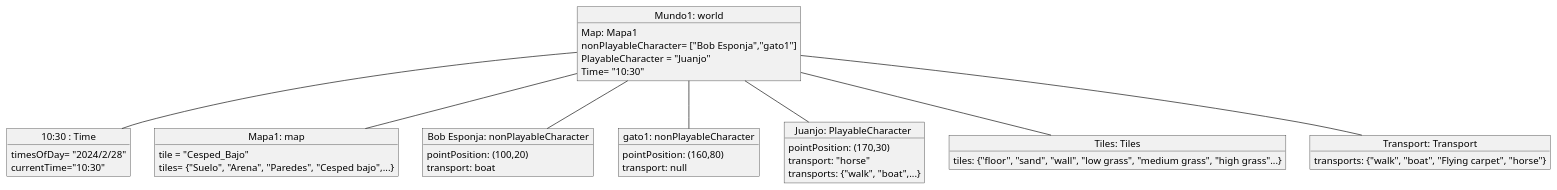
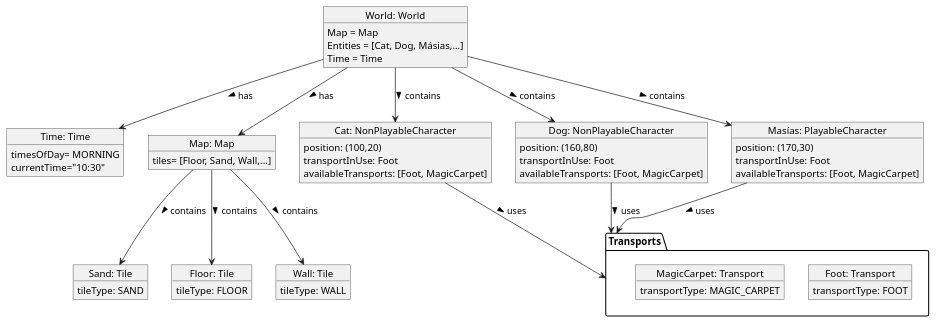
One commit to mmasias/23-24-IdSw2-SDD changed the diagram in docs/modelosUML/diagramaDeObjetos.puml. Above: the diagram before and after it, drawn with PlantUML.

```diff
--- a/docs/modelosUML/diagramaDeObjetos.puml
+++ b/docs/modelosUML/diagramaDeObjetos.puml
@@ -1,46 +1,68 @@
-@startuml Registro de un fichaje
+@startuml ObjectDiagramRelations
 
-object "Mundo1: world" as mundo{
-    Map: Mapa1
-    nonPlayableCharacter= ["Bob Esponja","gato1"]  
-    PlayableCharacter = "Juanjo"
-    Time= "10:30"
+object "World: World" as world {
+    Map = Map
+    Entities = [Cat, Dog, Másias,...]
+    Time = Time
 }
 
-object "10:30 : Time" as tiempo{
-    timesOfDay= "2024/2/28"
+object "Time: Time" as time {
+    timesOfDay= MORNING
     currentTime="10:30"
 }
 
-object "Mapa1: map" as mapa{
-    tile = "Cesped_Bajo"
-    tiles= {"Suelo", "Arena", "Paredes", "Cesped bajo",...} 
+object "Map: Map" as mapa{
+    tiles= [Floor, Sand, Wall,...]
 }
-object "Bob Esponja: nonPlayableCharacter" as bob{
-    pointPosition: (100,20)
-    transport: boat
+object "Sand: Tile" as sand{
+    tileType: SAND
 }
-object "gato1: nonPlayableCharacter" as gato{
-    pointPosition: (160,80)
-    transport: null
+object "Floor: Tile" as floor {
+    tileType: FLOOR
 }
-object "Juanjo: PlayableCharacter " as juanjo{
-    pointPosition: (170,30)
-    transport: "horse"
-    transports: {"walk", "boat",...}
+object "Wall: Tile" as wall {
+    tileType: WALL
 }
-object "Tiles: Tiles" as tiles{
-    tiles: {"floor", "sand", "wall", "low grass", "medium grass", "high grass"...}
+object "Cat: NonPlayableCharacter" as cat {
+    position: (100,20)
+    transportInUse: Foot
+    availableTransports: [Foot, MagicCarpet]
 }
-object "Transport: Transport" as transport{
-    transports: {"walk", "boat", "Flying carpet", "horse"}
+object "Dog: NonPlayableCharacter" as dog {
+    position: (160,80)
+    transportInUse: Foot
+    availableTransports: [Foot, MagicCarpet]
+}
+object "Masías: PlayableCharacter" as mmasias {
+    position: (170,30)
+    transportInUse: Foot
+    availableTransports: [Foot, MagicCarpet]
 }
 
-mundo-- tiempo
-mundo-- mapa
-mundo-- bob
-mundo-- gato
-mundo-- juanjo
-mundo-- tiles
-mundo-- transport
+package Transports {
+   object "Foot: Transport" as foot{
+      transportType: FOOT
+   }
+
+  object "MagicCarpet: Transport" as carpet {
+      transportType: MAGIC_CARPET
+   }
+}
+
+
+
+' Relationships
+world --> time : "has >"
+world --> mapa : "has >"
+mapa --> sand : "contains >"
+mapa --> floor : "contains >"
+mapa --> wall : "contains >"
+world --> cat : "contains >"
+world --> dog : "contains >"
+world --> mmasias : "contains >"
+
+cat --> Transports : "uses >"
+dog --> Transports : "uses >"
+mmasias --> Transports : "uses >"
+
 @enduml
```
